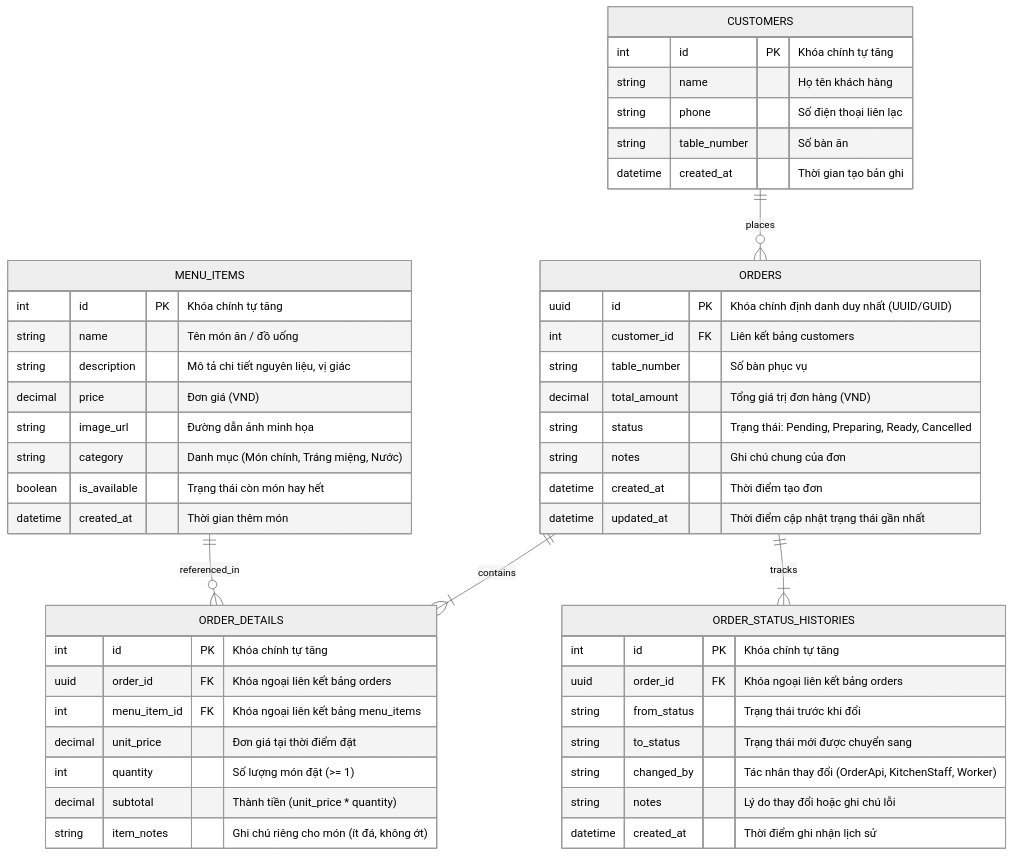
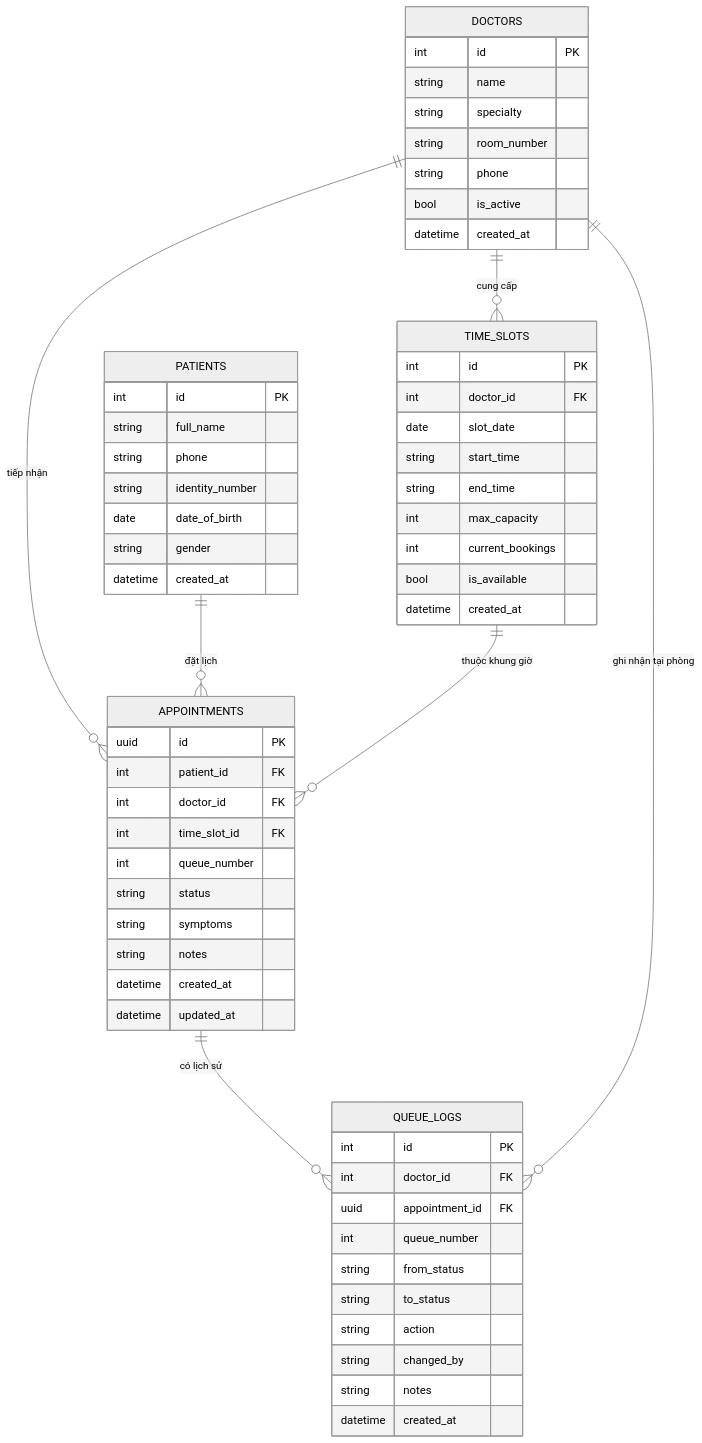
Before and after one commit to ngoxuanminhhieu-ux/Hethongdatmonvaxulytaibep: the diagram in docs/tuan-2/THIET_KE_CSDL_ERD.md, drawn with Mermaid (neutral theme). The commit also changed other lines of this file and 106 other files, not shown here.

First line of the commit message:
feat: migrate and refactor entire project to Topic 09 - Clinic Appointment & Queue Management System

````diff
--- a/docs/tuan-2/THIET_KE_CSDL_ERD.md
+++ b/docs/tuan-2/THIET_KE_CSDL_ERD.md
@@ -8,57 +8,67 @@
 ```mermaid
 erDiagram
-    CUSTOMERS ||--o{ ORDERS : "places"
-    ORDERS ||--|{ ORDER_DETAILS : "contains"
-    MENU_ITEMS ||--o{ ORDER_DETAILS : "referenced_in"
-    ORDERS ||--|{ ORDER_STATUS_HISTORIES : "tracks"
+    DOCTORS ||--o{ TIME_SLOTS : "cung cấp"
+    DOCTORS ||--o{ APPOINTMENTS : "tiếp nhận"
+    PATIENTS ||--o{ APPOINTMENTS : "đặt lịch"
+    TIME_SLOTS ||--o{ APPOINTMENTS : "thuộc khung giờ"
+    APPOINTMENTS ||--o{ QUEUE_LOGS : "có lịch sử"
+    DOCTORS ||--o{ QUEUE_LOGS : "ghi nhận tại phòng"
 
-    CUSTOMERS {
-        int id PK "Khóa chính tự tăng"
-        string name "Họ tên khách hàng"
-        string phone "Số điện thoại liên lạc"
-        string table_number "Số bàn ăn"
-        datetime created_at "Thời gian tạo bản ghi"
+    DOCTORS {
+        int id PK
+        string name
+        string specialty
+        string room_number
+        string phone
+        bool is_active
+        datetime created_at
     }
 
-    MENU_ITEMS {
-        int id PK "Khóa chính tự tăng"
-        string name "Tên món ăn / đồ uống"
-        string description "Mô tả chi tiết nguyên liệu, vị giác"
-        decimal price "Đơn giá (VND)"
-        string image_url "Đường dẫn ảnh minh họa"
-        string category "Danh mục (Món chính, Tráng miệng, Nước)"
-        boolean is_available "Trạng thái còn món hay hết"
-        datetime created_at "Thời gian thêm món"
+    TIME_SLOTS {
+        int id PK
+        int doctor_id FK
+        date slot_date
+        string start_time
+        string end_time
+        int max_capacity
+        int current_bookings
+        bool is_available
+        datetime created_at
     }
 
-    ORDERS {
-        uuid id PK "Khóa chính định danh duy nhất (UUID/GUID)"
-        int customer_id FK "Liên kết bảng customers"
-        string table_number "Số bàn phục vụ"
-        decimal total_amount "Tổng giá trị đơn hàng (VND)"
-        string status "Trạng thái: Pending, Preparing, Ready, Cancelled"
-        string notes "Ghi chú chung của đơn"
-        datetime created_at "Thời điểm tạo đơn"
-        datetime updated_at "Thời điểm cập nhật trạng thái gần nhất"
+    PATIENTS {
+        int id PK
+        string full_name
+        string phone
+        string identity_number
+        date date_of_birth
+        string gender
+        datetime created_at
     }
 
-    ORDER_DETAILS {
-        int id PK "Khóa chính tự tăng"
-        uuid order_id FK "Khóa ngoại liên kết bảng orders"
-        int menu_item_id FK "Khóa ngoại liên kết bảng menu_items"
-        decimal unit_price "Đơn giá tại thời điểm đặt"
-        int quantity "Số lượng món đặt (>= 1)"
-        decimal subtotal "Thành tiền (unit_price * quantity)"
-        string item_notes "Ghi chú riêng cho món (ít đá, không ớt)"
+    APPOINTMENTS {
+        uuid id PK
+        int patient_id FK
+        int doctor_id FK
+        int time_slot_id FK
+        int queue_number
+        string status
+        string symptoms
+        string notes
+        datetime created_at
+        datetime updated_at
     }
 
-    ORDER_STATUS_HISTORIES {
-        int id PK "Khóa chính tự tăng"
-        uuid order_id FK "Khóa ngoại liên kết bảng orders"
-        string from_status "Trạng thái trước khi đổi"
-        string to_status "Trạng thái mới được chuyển sang"
-        string changed_by "Tác nhân thay đổi (OrderApi, KitchenStaff, Worker)"
-        string notes "Lý do thay đổi hoặc ghi chú lỗi"
-        datetime created_at "Thời điểm ghi nhận lịch sử"
+    QUEUE_LOGS {
+        int id PK
+        int doctor_id FK
+        uuid appointment_id FK
+        int queue_number
+        string from_status
+        string to_status
+        string action
+        string changed_by
+        string notes
+        datetime created_at
     }
 ```
````
